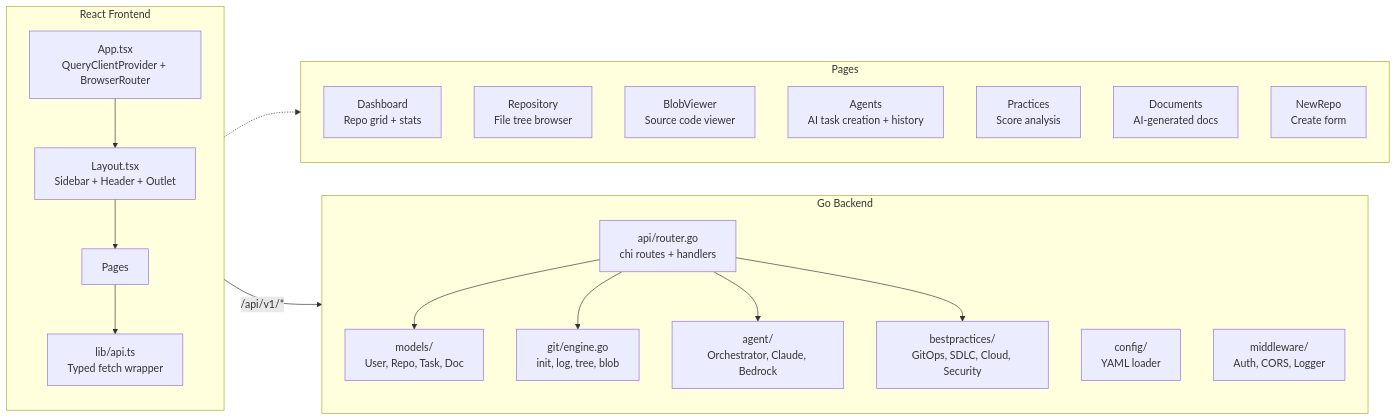
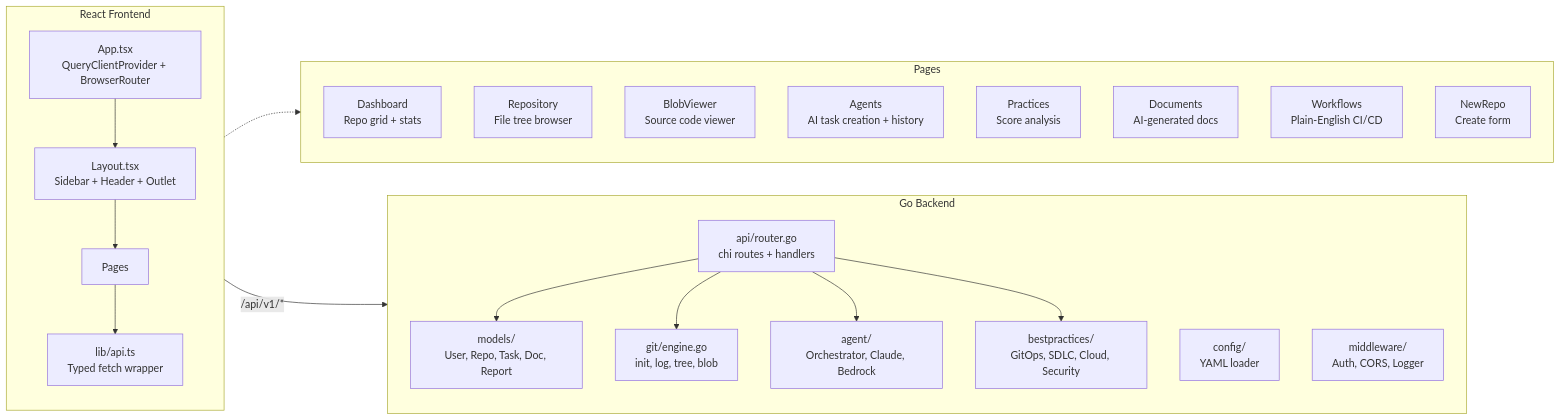
The third of 5 diagrams in README.md (kondalaraogangavarapu/custom-gitea), drawn with Mermaid before and after one commit. The commit also changed other lines of this file and 12 other files, not shown here.

First line of the commit message:
feat: replace pipelines with plain-English AetherDev workflows

````diff
--- a/README.md
+++ b/README.md
@@ -112,41 +112,42 @@
 ```mermaid
 graph LR
     subgraph Frontend["React Frontend"]
         direction TB
         App["App.tsx<br/>QueryClientProvider + BrowserRouter"]
         Layout["Layout.tsx<br/>Sidebar + Header + Outlet"]
         Pages["Pages"]
         APIClient["lib/api.ts<br/>Typed fetch wrapper"]
 
         App --> Layout --> Pages
         Pages --> APIClient
     end
 
     subgraph PagesDetail["Pages"]
         Dashboard["Dashboard<br/>Repo grid + stats"]
         Repo["Repository<br/>File tree browser"]
         Blob["BlobViewer<br/>Source code viewer"]
         Agents["Agents<br/>AI task creation + history"]
         Practices["Practices<br/>Score analysis"]
         Docs["Documents<br/>AI-generated docs"]
+        Workflows["Workflows<br/>Plain-English CI/CD"]
         NewRepo["NewRepo<br/>Create form"]
     end
 
     subgraph Backend["Go Backend"]
         direction TB
         RouterB["api/router.go<br/>chi routes + handlers"]
-        Models["models/<br/>User, Repo, Task, Doc"]
+        Models["models/<br/>User, Repo, Task, Doc, Report"]
         GitEng["git/engine.go<br/>init, log, tree, blob"]
         AgentPkg["agent/<br/>Orchestrator, Claude, Bedrock"]
         BPEng["bestpractices/<br/>GitOps, SDLC, Cloud, Security"]
         Config["config/<br/>YAML loader"]
         MWPkg["middleware/<br/>Auth, CORS, Logger"]
     end
 
     Pages -.-> PagesDetail
     APIClient -->|"/api/v1/*"| RouterB
     RouterB --> Models
     RouterB --> GitEng
     RouterB --> AgentPkg
     RouterB --> BPEng
 ```
````
